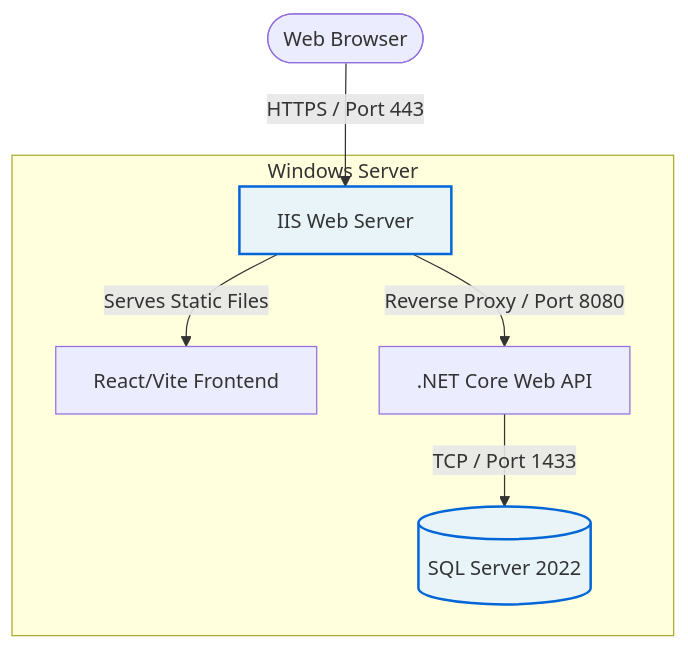
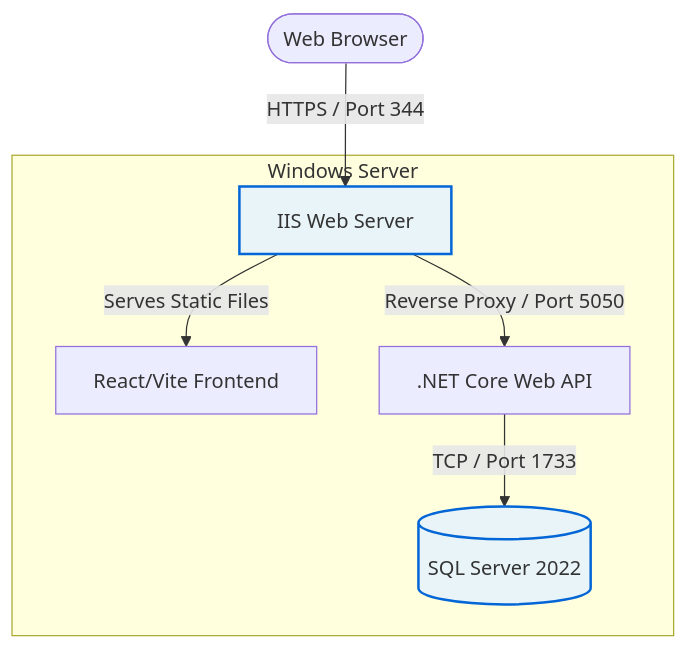
One commit to SufiyanKhanCloud/DevOps-Runbook changed the diagram in README.md. Above: the diagram before and after it, drawn with Mermaid.

````diff
--- a/README.md
+++ b/README.md
@@ -19,13 +19,13 @@
 ```mermaid
 graph TD
-    Client([Web Browser]) -- HTTPS / Port 443 --> IIS[IIS Web Server]
+    Client([Web Browser]) -- HTTPS / Port 344 --> IIS[IIS Web Server]
     
     subgraph Windows Server
         IIS -- Serves Static Files --> React[React/Vite Frontend]
-        IIS -- Reverse Proxy / Port 8080 --> NET[.NET Core Web API]
-        NET -- TCP / Port 1433 --> SQL[(SQL Server 2022)]
+        IIS -- Reverse Proxy / Port 5050 --> NET[.NET Core Web API]
+        NET -- TCP / Port 1733 --> SQL[(SQL Server 2022)]
     end
     
     classDef secure fill:#e8f4f8,stroke:#0366d6,stroke-width:2px;
     class IIS,SQL secure;
 ```
````
